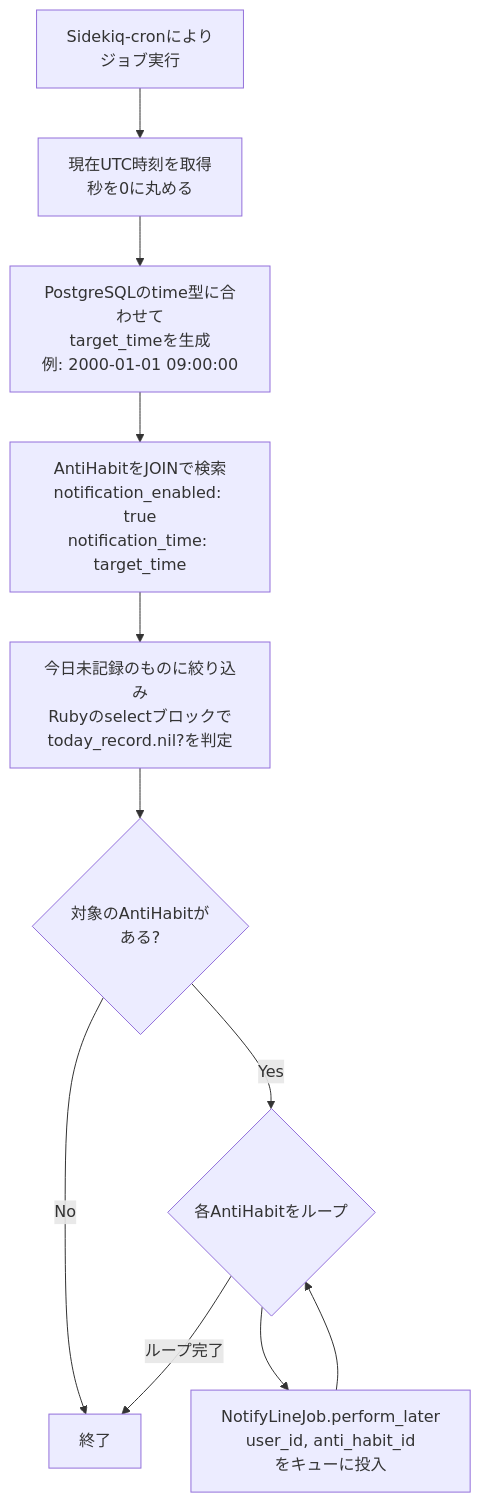
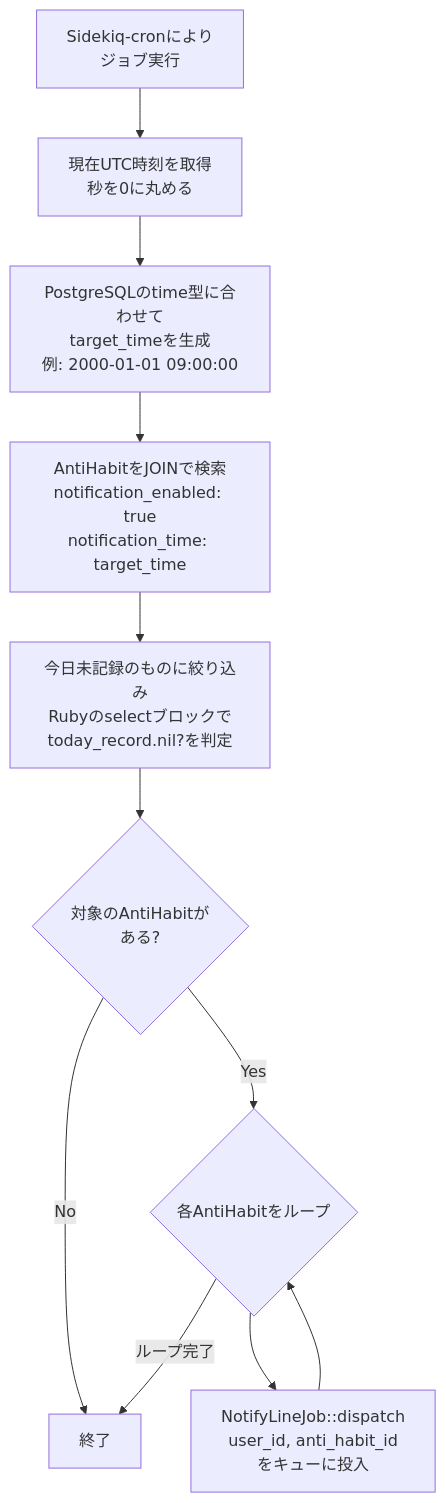
Before and after one commit to kamiyuu0/anti_habits: the diagram in docs/notify_dispatcher_job_perform.md, drawn with Mermaid. The commit also changed other lines of this file and 397 other files, not shown here.

````diff
--- a/docs/notify_dispatcher_job_perform.md
+++ b/docs/notify_dispatcher_job_perform.md
@@ -7,20 +7,20 @@
 ```mermaid
 flowchart TD
     A[Sidekiq-cronにより<br>ジョブ実行] --> B[現在UTC時刻を取得<br>秒を0に丸める]
 
     B --> C["PostgreSQLのtime型に合わせて<br>target_timeを生成<br>例: 2000-01-01 09:00:00"]
 
     C --> D[AntiHabitをJOINで検索<br>notification_enabled: true<br>notification_time: target_time]
 
     D --> E["今日未記録のものに絞り込み<br>Rubyのselectブロックで<br>today_record.nil?を判定"]
 
     E --> F{対象のAntiHabitが<br>ある?}
 
     F -- No --> G[終了]
     F -- Yes --> H{各AntiHabitをループ}
 
-    H --> I[NotifyLineJob.perform_later<br>user_id, anti_habit_id<br>をキューに投入]
+    H --> I[NotifyLineJob::dispatch<br>user_id, anti_habit_id<br>をキューに投入]
     I --> H
 
     H -- ループ完了 --> G
 ```
````
